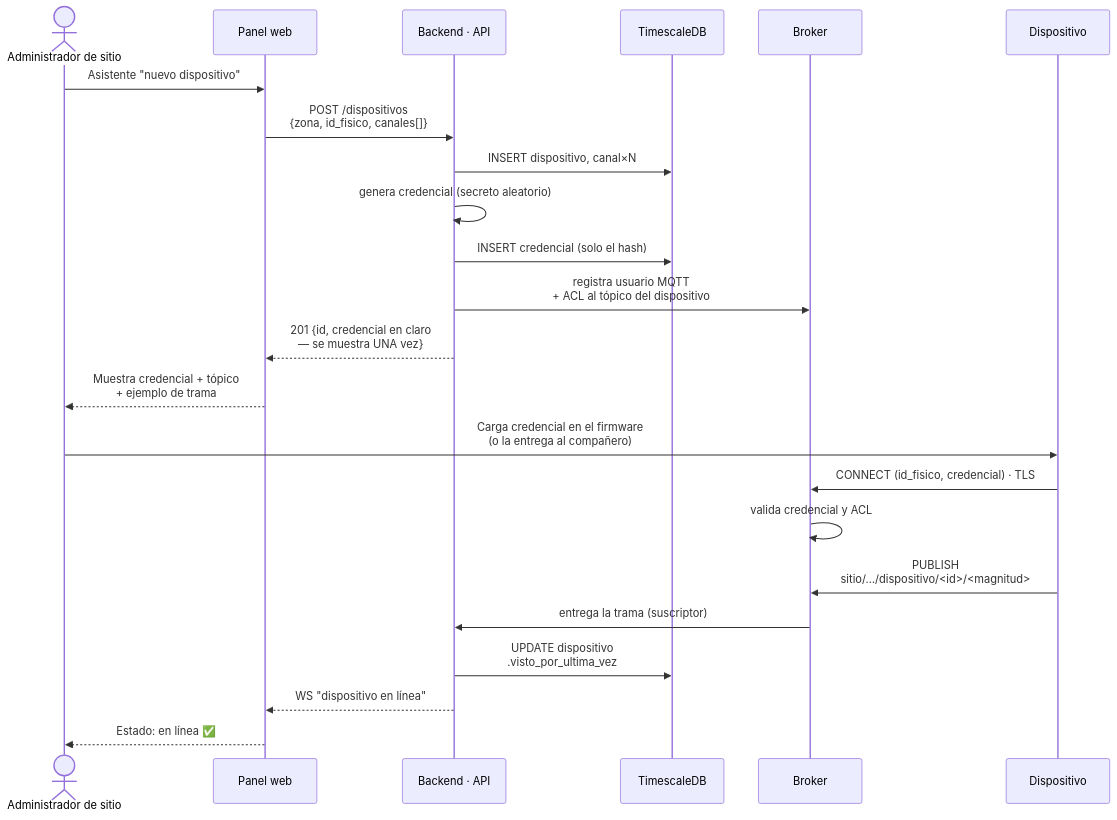
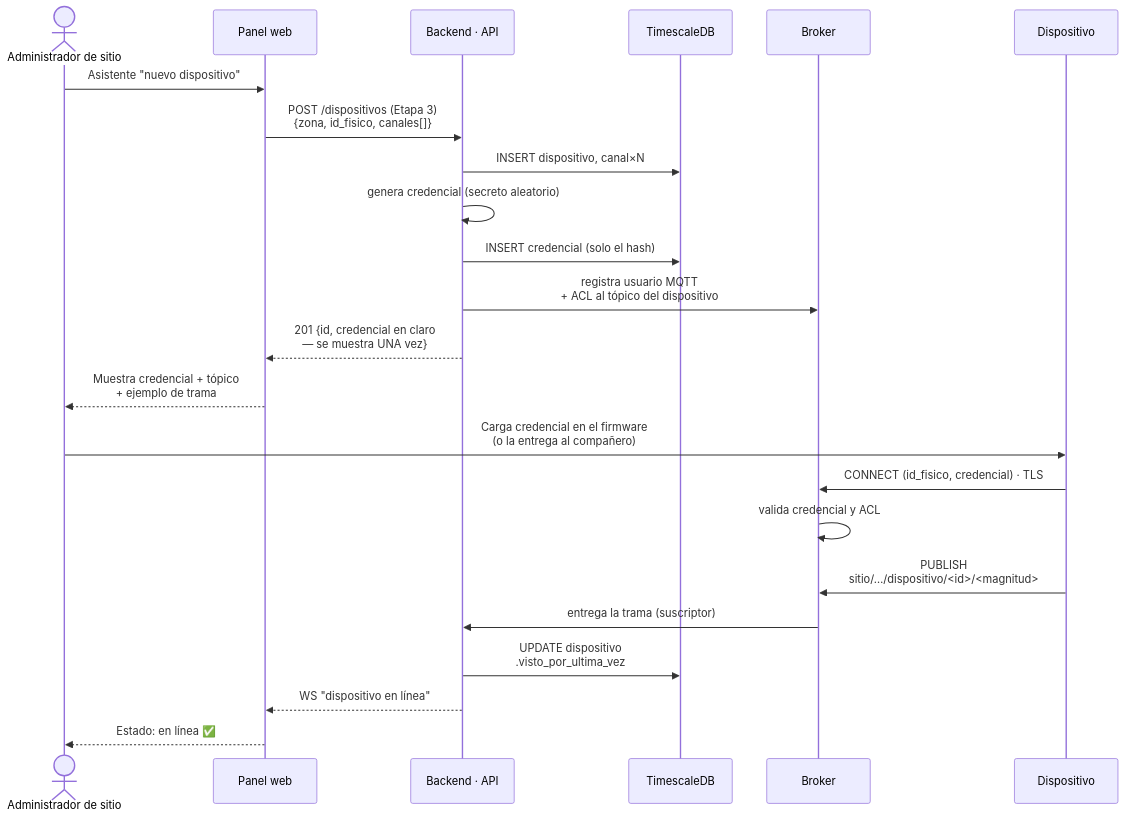
One commit to vicenterami/tesis changed the diagram in informe-oficial/figuras/mermaid/sec-alta.mmd. Above: the diagram before and after it, drawn with Mermaid. The commit also changed 7 other files, not shown here.

```diff
--- a/informe-oficial/figuras/mermaid/sec-alta.mmd
+++ b/informe-oficial/figuras/mermaid/sec-alta.mmd
@@ -1,24 +1,24 @@
 sequenceDiagram
     actor Admin as Administrador de sitio
     participant FE as Panel web
     participant API as Backend · API
     participant DB as TimescaleDB
     participant MQ as Broker
     participant Dev as Dispositivo
 
     Admin->>FE: Asistente "nuevo dispositivo"
-    FE->>API: POST /dispositivos<br/>{zona, id_fisico, canales[]}
+    FE->>API: POST /dispositivos (Etapa 3)<br/>{zona, id_fisico, canales[]}
     API->>DB: INSERT dispositivo, canal×N
     API->>API: genera credencial (secreto aleatorio)
     API->>DB: INSERT credencial (solo el hash)
     API->>MQ: registra usuario MQTT<br/>+ ACL al tópico del dispositivo
     API-->>FE: 201 {id, credencial en claro<br/>— se muestra UNA vez}
     FE-->>Admin: Muestra credencial + tópico<br/>+ ejemplo de trama
     Admin->>Dev: Carga credencial en el firmware<br/>(o la entrega al compañero)
     Dev->>MQ: CONNECT (id_fisico, credencial) · TLS
     MQ->>MQ: valida credencial y ACL
     Dev->>MQ: PUBLISH<br/>sitio/…/dispositivo/<id>/<magnitud>
     MQ->>API: entrega la trama (suscriptor)
     API->>DB: UPDATE dispositivo<br/>.visto_por_ultima_vez
     API-->>FE: WS "dispositivo en línea"
     FE-->>Admin: Estado: en línea ✅
```
